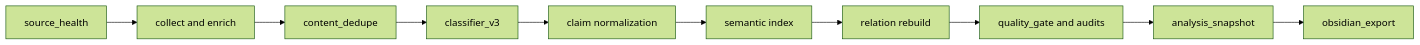
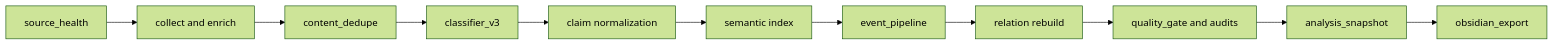
One commit to lReDragol/civic-evidence-lab changed the second of 2 diagrams in README.md. Above: the diagram before and after it, drawn with Mermaid (forest theme). The commit also changed other lines of this file and 18 other files, not shown here.

Commit message:
Add event-centric temporal evidence pipeline

````diff
--- a/README.md
+++ b/README.md
@@ -116,12 +122,13 @@
 ```mermaid
 flowchart LR
     SH["source_health"] --> EN["collect and enrich"]
     EN --> DD["content_dedupe"]
     DD --> CL["classifier_v3"]
     CL --> CN["claim normalization"]
     CN --> SI["semantic index"]
-    SI --> RB["relation rebuild"]
+    SI --> EP["event_pipeline"]
+    EP --> RB["relation rebuild"]
     RB --> QA["quality_gate and audits"]
     QA --> AS["analysis_snapshot"]
     AS --> OE["obsidian_export"]
 ```
````
